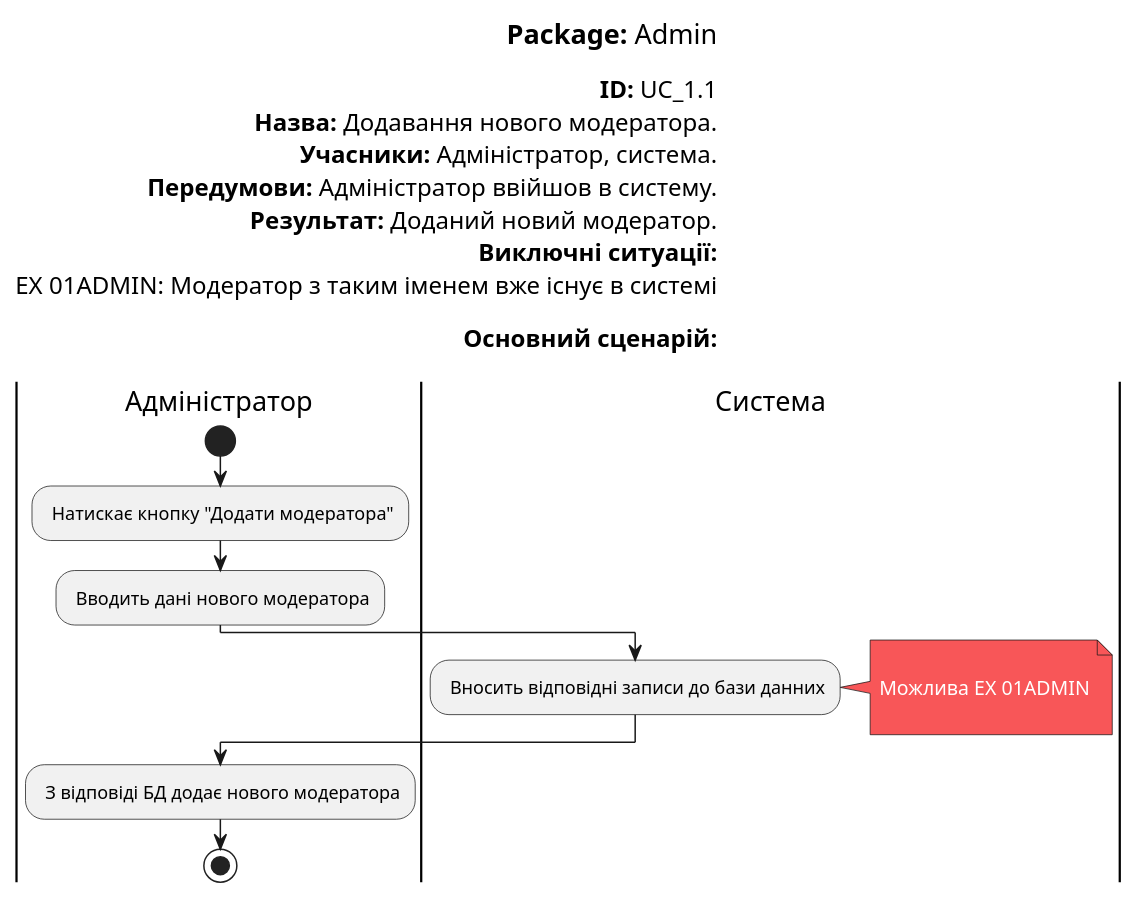
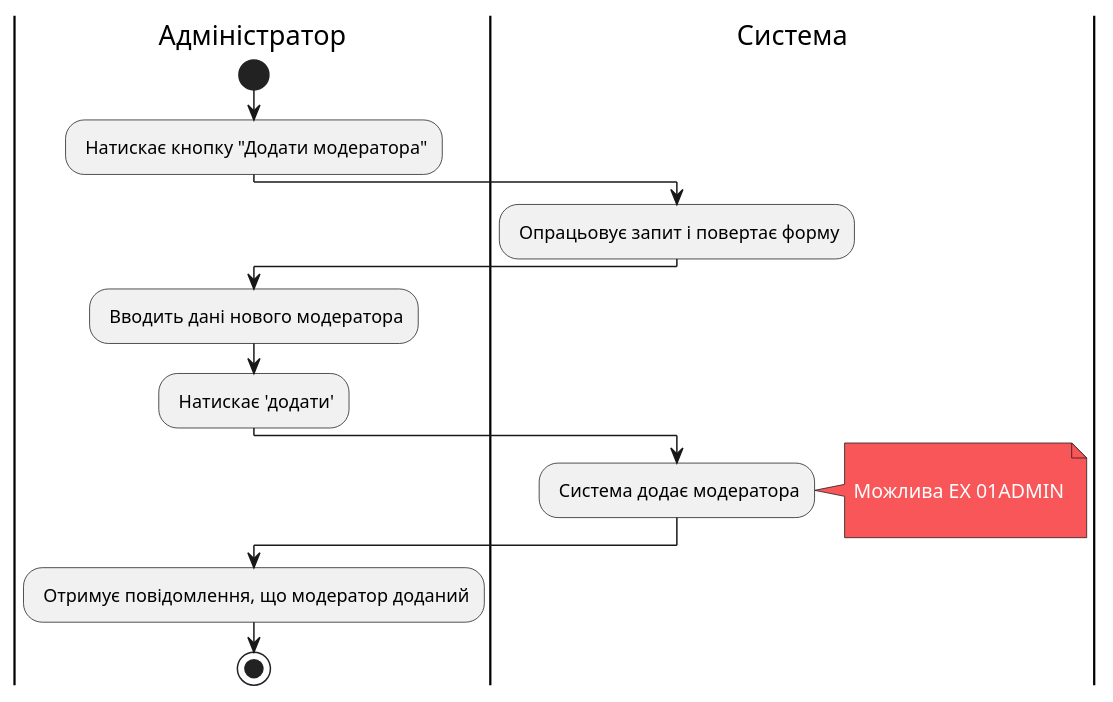
Before and after one commit to KarmazinN/db_open_data: the diagram in src/uml/UC_1.1.puml, drawn with PlantUML.

```diff
--- a/src/uml/UC_1.1.puml
+++ b/src/uml/UC_1.1.puml
@@ -1,48 +1,37 @@
 @startuml
 skinparam ArchimateBackgroundColor #ffffff
 skinparam	shadowing false
 skinparam Note {
 	BackgroundColor #f85658
 	FontColor #ffffff
 }
 
-left header
-<font color=000 size=18><b>Package:</b> Admin
-
-<font color=000 size=16><b>ID:</b> UC_1.1
-<font color=000 size=16><b>Назва:</b> Додавання нового модератора.
-<font color=000 size=16><b>Учасники:</b> Адміністратор, система.
-<font color=000 size=16><b>Передумови:</b> Адміністратор ввійшов в систему.
-<font color=000 size=16><b>Результат:</b> Доданий новий модератор.
-<font color=000 size=16><b>Виключні ситуації:</b>
-<font color=000 size=16> EX 01ADMIN: Модератор з таким іменем вже існує в системі
-
-<font color=000 size=16><b>Основний сценарій:</b>
-
-end header
-
 |Адміністратор|
 start
 : Натискає кнопку "Додати модератора";
 
+|Система|
+: Опрацьовує запит і повертає форму; 
+
+|Адміністратор|
 : Вводить дані нового модератора;
-
+: Натискає 'додати';
 
 |Система|
 
-: Вносить відповідні записи до бази данних;
+: Система додає модератора;
 
 note right
 
 	Можлива EX 01ADMIN
 
 end note
 
 |Адміністратор|
 
-: З відповіді БД додає нового модератора;
+: Отримує повідомлення, що модератор доданий;
 
 stop;
 
 
 @enduml
```
